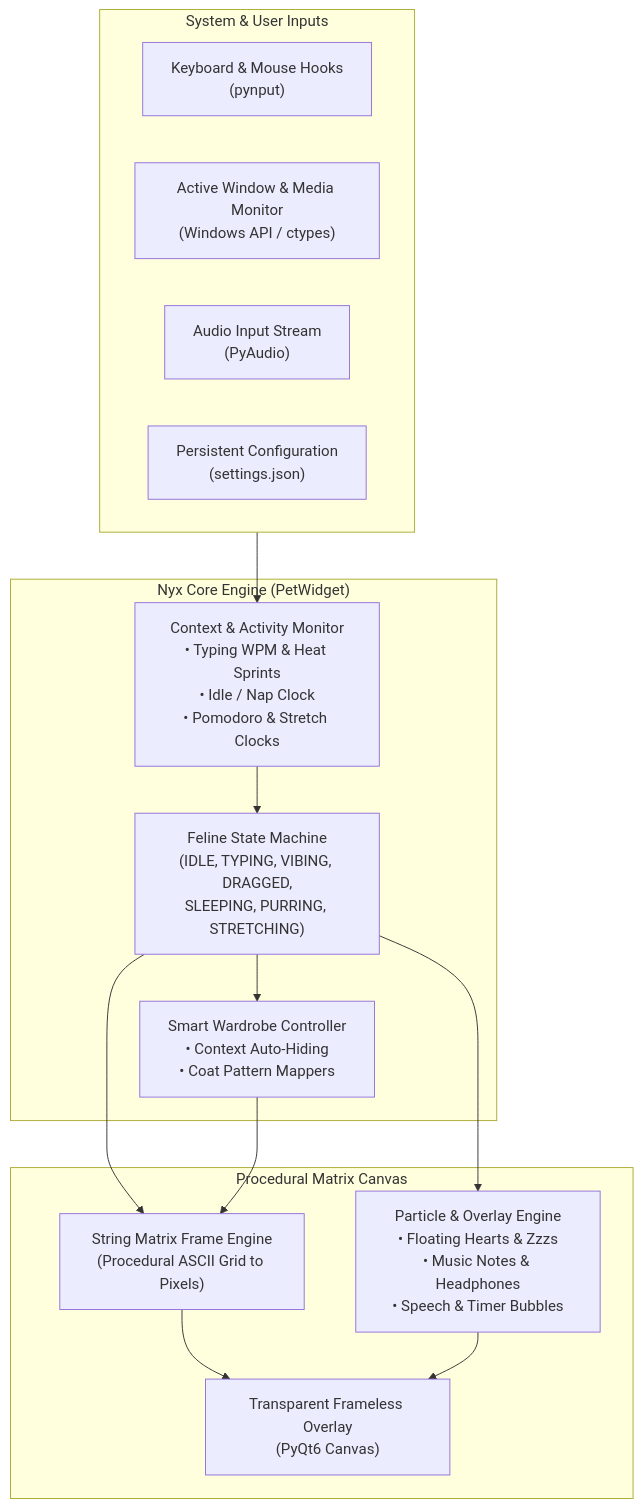
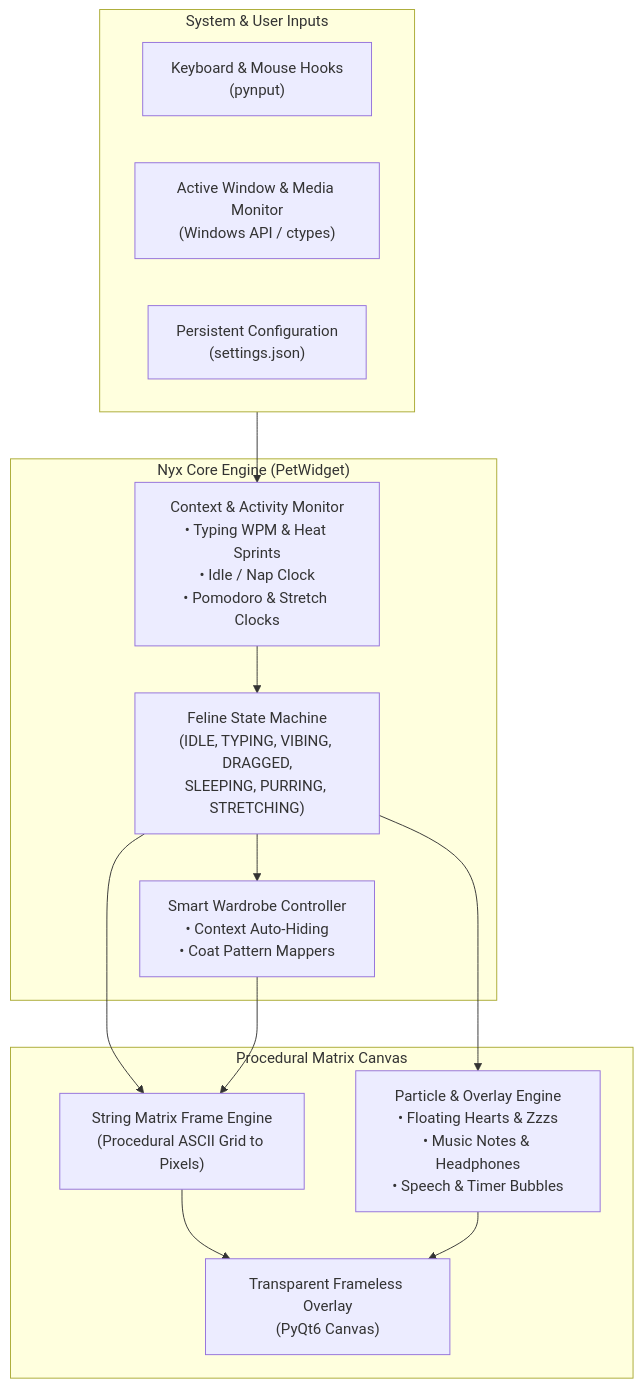
Before and after one commit to MukundhArul/Nyx: the first of 2 diagrams in README.md, drawn with Mermaid. The commit also changed other lines of this file and 1 other file, not shown here.

````diff
--- a/README.md
+++ b/README.md
@@ -103,30 +102,29 @@
 ```mermaid
 flowchart TD
     subgraph Inputs ["System & User Inputs"]
         KBD["Keyboard & Mouse Hooks<br>(pynput)"]
         WIN["Active Window & Media Monitor<br>(Windows API / ctypes)"]
-        MIC["Audio Input Stream<br>(PyAudio)"]
         CFG["Persistent Configuration<br>(settings.json)"]
     end
 
     subgraph Core ["Nyx Core Engine (PetWidget)"]
         TRACK["Context & Activity Monitor<br>• Typing WPM & Heat Sprints<br>• Idle / Nap Clock<br>• Pomodoro & Stretch Clocks"]
         SM["Feline State Machine<br>(IDLE, TYPING, VIBING, DRAGGED,<br>SLEEPING, PURRING, STRETCHING)"]
         WARD["Smart Wardrobe Controller<br>• Context Auto-Hiding<br>• Coat Pattern Mappers"]
     end
 
     subgraph Rendering ["Procedural Matrix Canvas"]
         MAT["String Matrix Frame Engine<br>(Procedural ASCII Grid to Pixels)"]
         PARTS["Particle & Overlay Engine<br>• Floating Hearts & Zzzs<br>• Music Notes & Headphones<br>• Speech & Timer Bubbles"]
         CANVAS["Transparent Frameless Overlay<br>(PyQt6 Canvas)"]
     end
 
     Inputs --> TRACK
     TRACK --> SM
     SM --> WARD
     SM --> MAT
     WARD --> MAT
     SM --> PARTS
     MAT --> CANVAS
     PARTS --> CANVAS
 ```
````
